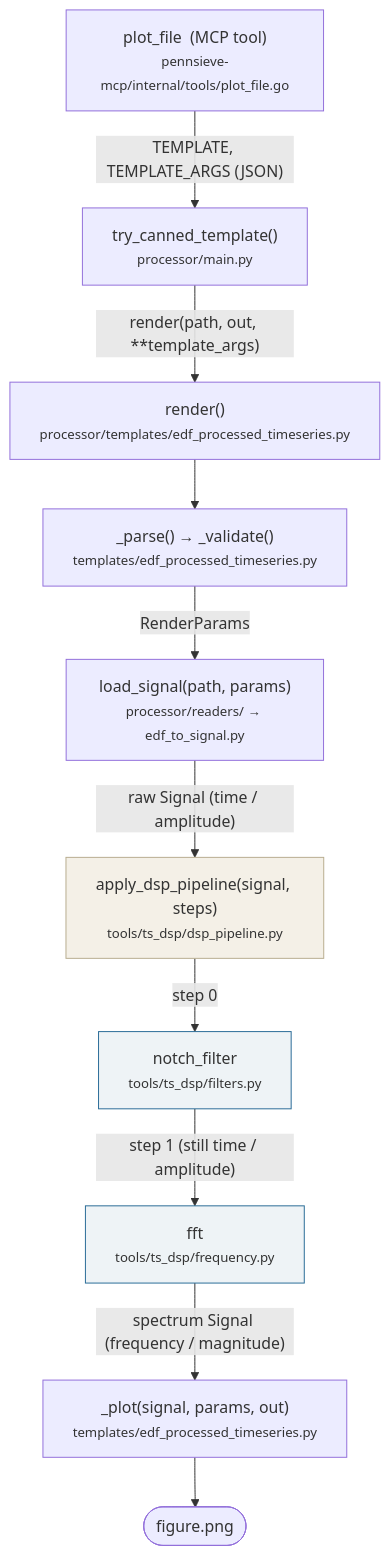
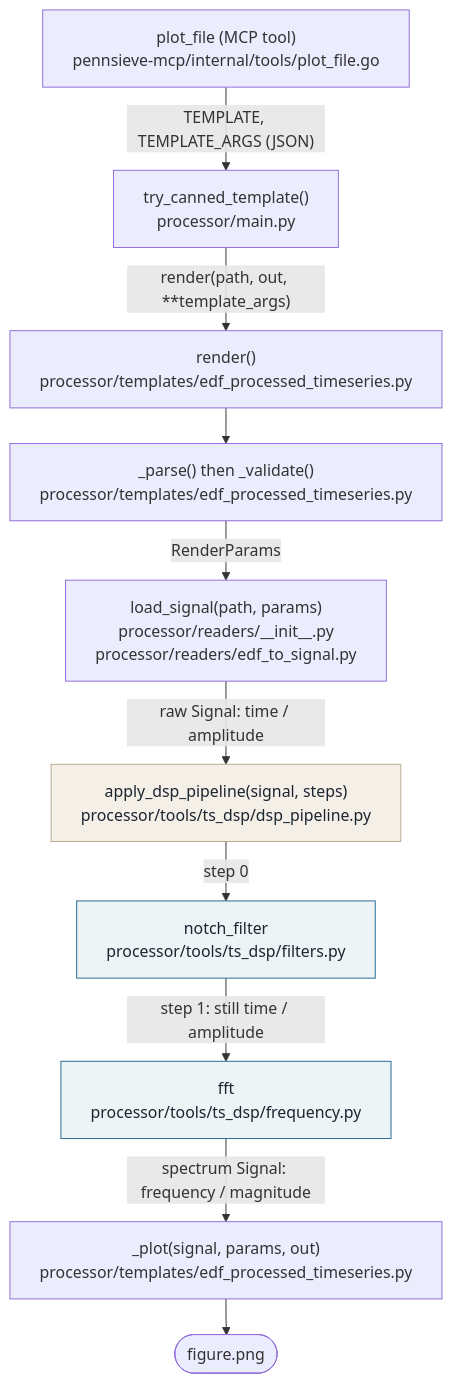
Before and after one commit to Pennsieve/pennsieve-quick-plot: the diagram in processor/README.md, drawn with Mermaid. The commit also changed other lines of this file, not shown here.

First line of the commit message:
docs: processor/README.md — wider Mermaid nodes; "Run it locally" section

````diff
--- a/processor/README.md
+++ b/processor/README.md
@@ -13,28 +13,29 @@
 ```mermaid
+%%{init: {"flowchart": {"wrappingWidth": 420, "nodeSpacing": 30, "rankSpacing": 36}}}%%
 flowchart TD
-    MCP["plot_file  (MCP tool)<br/><small>pennsieve-mcp/internal/tools/plot_file.go</small>"]
-    MAIN["try_canned_template()<br/><small>processor/main.py</small>"]
-    RENDER["render()<br/><small>processor/templates/edf_processed_timeseries.py</small>"]
-    PARSE["_parse() → _validate()<br/><small>templates/edf_processed_timeseries.py</small>"]
-    LOAD["load_signal(path, params)<br/><small>processor/readers/ → edf_to_signal.py</small>"]
-    PIPE["apply_dsp_pipeline(signal, steps)<br/><small>tools/ts_dsp/dsp_pipeline.py</small>"]
-    T0["notch_filter<br/><small>tools/ts_dsp/filters.py</small>"]
-    T1["fft<br/><small>tools/ts_dsp/frequency.py</small>"]
-    PLOT["_plot(signal, params, out)<br/><small>templates/edf_processed_timeseries.py</small>"]
+    MCP["plot_file (MCP tool)<br/>pennsieve-mcp/internal/tools/plot_file.go"]
+    MAIN["try_canned_template()<br/>processor/main.py"]
+    RENDER["render()<br/>processor/templates/edf_processed_timeseries.py"]
+    PARSE["_parse() then _validate()<br/>processor/templates/edf_processed_timeseries.py"]
+    LOAD["load_signal(path, params)<br/>processor/readers/__init__.py<br/>processor/readers/edf_to_signal.py"]
+    PIPE["apply_dsp_pipeline(signal, steps)<br/>processor/tools/ts_dsp/dsp_pipeline.py"]
+    T0["notch_filter<br/>processor/tools/ts_dsp/filters.py"]
+    T1["fft<br/>processor/tools/ts_dsp/frequency.py"]
+    PLOT["_plot(signal, params, out)<br/>processor/templates/edf_processed_timeseries.py"]
     PNG(["figure.png"])
 
     MCP -- "TEMPLATE, TEMPLATE_ARGS (JSON)" --> MAIN
     MAIN -- "render(path, out, **template_args)" --> RENDER
     RENDER --> PARSE
     PARSE -- "RenderParams" --> LOAD
-    LOAD -- "raw Signal (time / amplitude)" --> PIPE
+    LOAD -- "raw Signal: time / amplitude" --> PIPE
     PIPE -- "step 0" --> T0
-    T0 -- "step 1 (still time / amplitude)" --> T1
-    T1 -- "spectrum Signal (frequency / magnitude)" --> PLOT
+    T0 -- "step 1: still time / amplitude" --> T1
+    T1 -- "spectrum Signal: frequency / magnitude" --> PLOT
     PLOT --> PNG
 
-    classDef tool fill:#eef3f6,stroke:#2a6c97;
-    classDef runner fill:#f4f0e7,stroke:#b8ad8f;
+    classDef tool fill:#eef3f6,stroke:#2a6c97,color:#1c2430;
+    classDef runner fill:#f4f0e7,stroke:#b8ad8f,color:#1c2430;
     class T0,T1 tool;
     class PIPE runner;
 ```
````
